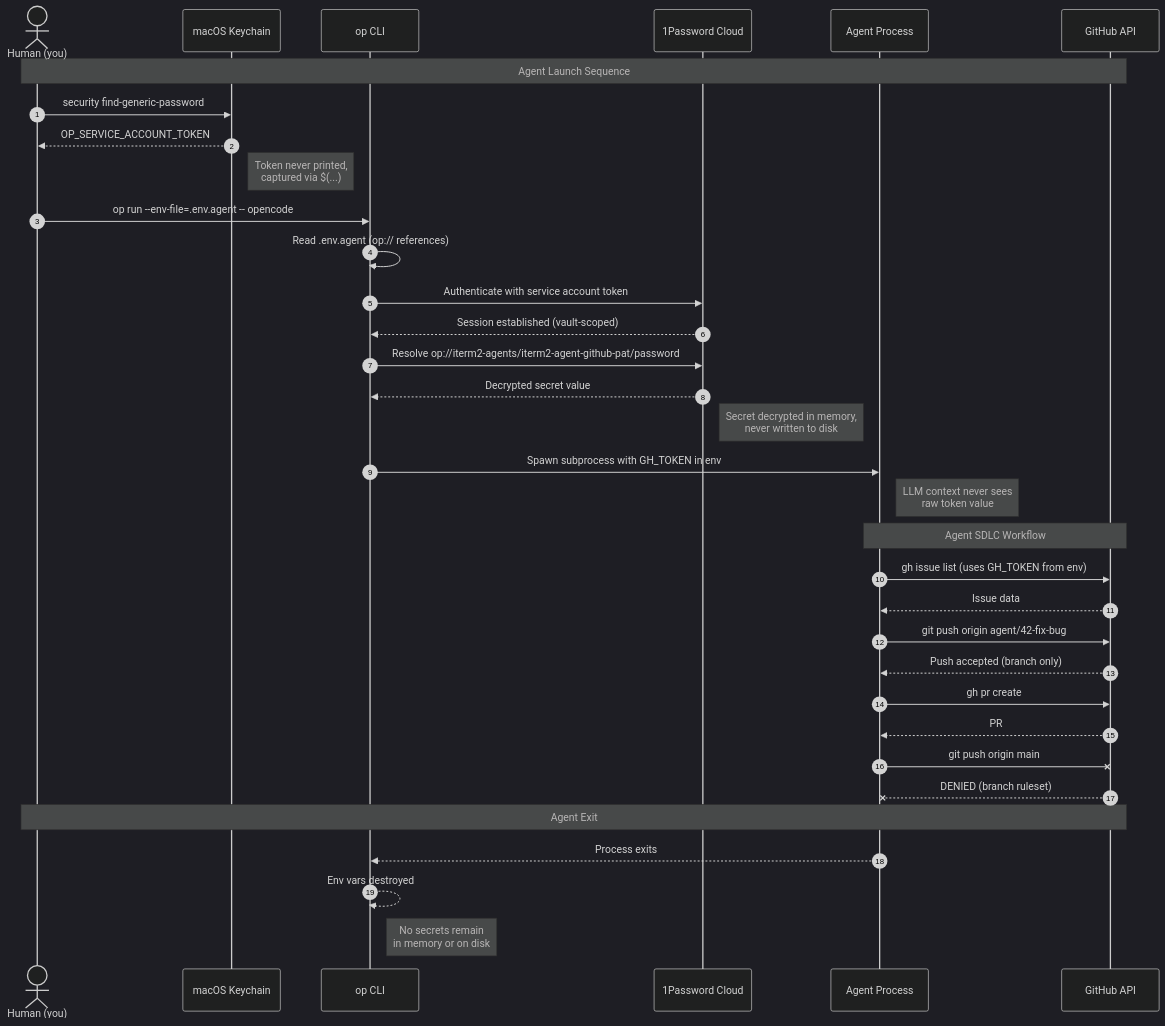
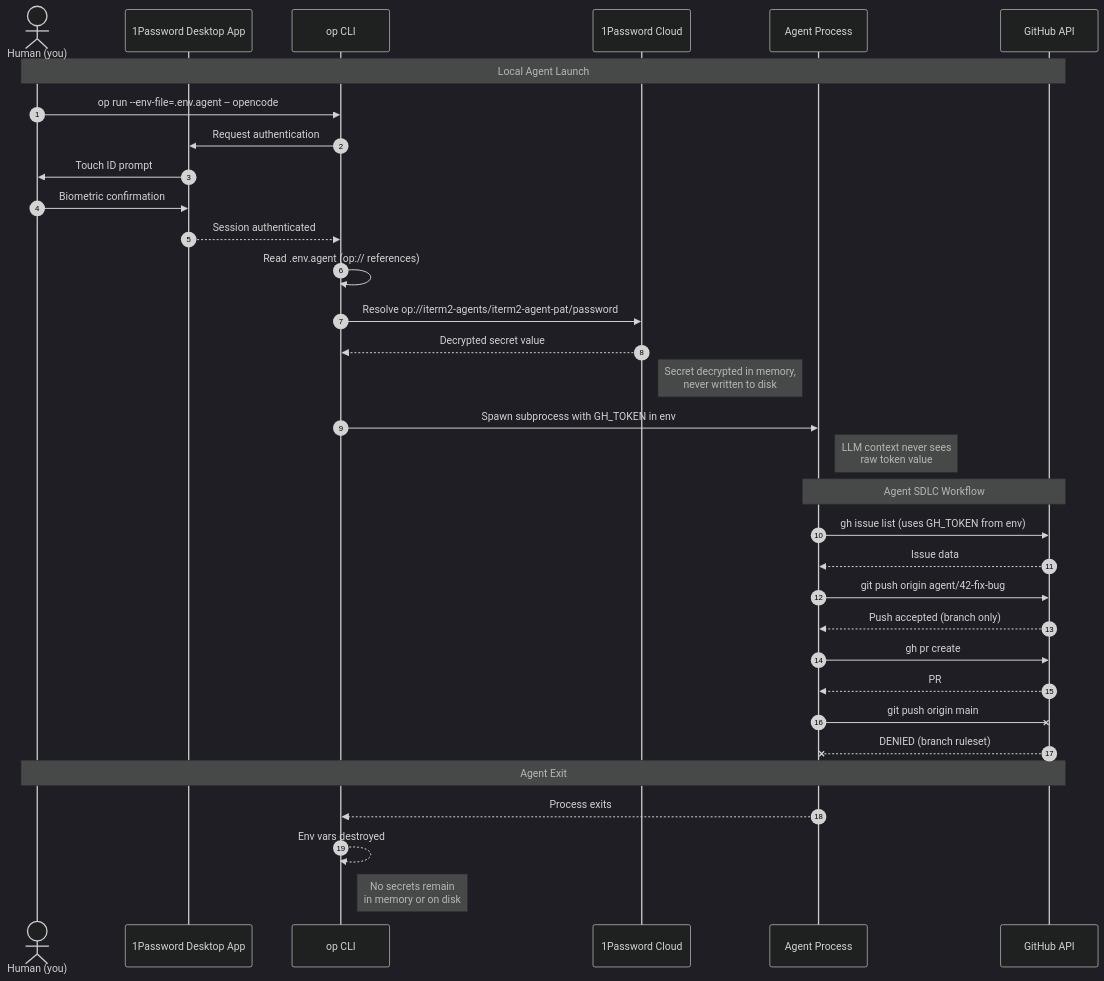
Before and after one commit to visaivis/iterm2: the second of 5 diagrams in docs/agent-secrets.md, drawn with Mermaid (dark theme). The commit also changed other lines of this file and 4 other files, not shown here.

First line of the commit message:
docs: rewrite agent secrets for dual-mode (local + cloud) architecture

````diff
--- a/docs/agent-secrets.md
+++ b/docs/agent-secrets.md
@@ -83,49 +101,46 @@
 ```mermaid
 sequenceDiagram
     autonumber
     actor Human as Human (you)
-    participant KC as macOS Keychain
+    participant APP as 1Password Desktop App
     participant OP as op CLI
     participant 1P as 1Password Cloud
     participant Agent as Agent Process
     participant GH as GitHub API
 
-    Note over Human,GH: Agent Launch Sequence
-
-    Human->>KC: security find-generic-password
-    KC-->>Human: OP_SERVICE_ACCOUNT_TOKEN
-    Note right of KC: Token never printed,<br/>captured via $(...)
+    Note over Human,GH: Local Agent Launch
 
     Human->>OP: op run --env-file=.env.agent -- opencode
+    OP->>APP: Request authentication
+    APP->>Human: Touch ID prompt
+    Human->>APP: Biometric confirmation
+    APP-->>OP: Session authenticated
+
     OP->>OP: Read .env.agent (op:// references)
-
-    OP->>1P: Authenticate with service account token
-    1P-->>OP: Session established (vault-scoped)
-
-    OP->>1P: Resolve op://iterm2-agents/iterm2-agent-github-pat/password
+    OP->>1P: Resolve op://iterm2-agents/iterm2-agent-pat/password
     1P-->>OP: Decrypted secret value
     Note right of 1P: Secret decrypted in memory,<br/>never written to disk
 
     OP->>Agent: Spawn subprocess with GH_TOKEN in env
     Note right of Agent: LLM context never sees<br/>raw token value
 
     Note over Agent,GH: Agent SDLC Workflow
 
     Agent->>GH: gh issue list (uses GH_TOKEN from env)
     GH-->>Agent: Issue data
 
     Agent->>GH: git push origin agent/42-fix-bug
     GH-->>Agent: Push accepted (branch only)
 
     Agent->>GH: gh pr create
     GH-->>Agent: PR #42 created
 
     Agent-xGH: git push origin main
     GH--xAgent: DENIED (branch ruleset)
 
     Note over Human,GH: Agent Exit
 
     Agent-->>OP: Process exits
     OP-->>OP: Env vars destroyed
     Note right of OP: No secrets remain<br/>in memory or on disk
 ```
````
